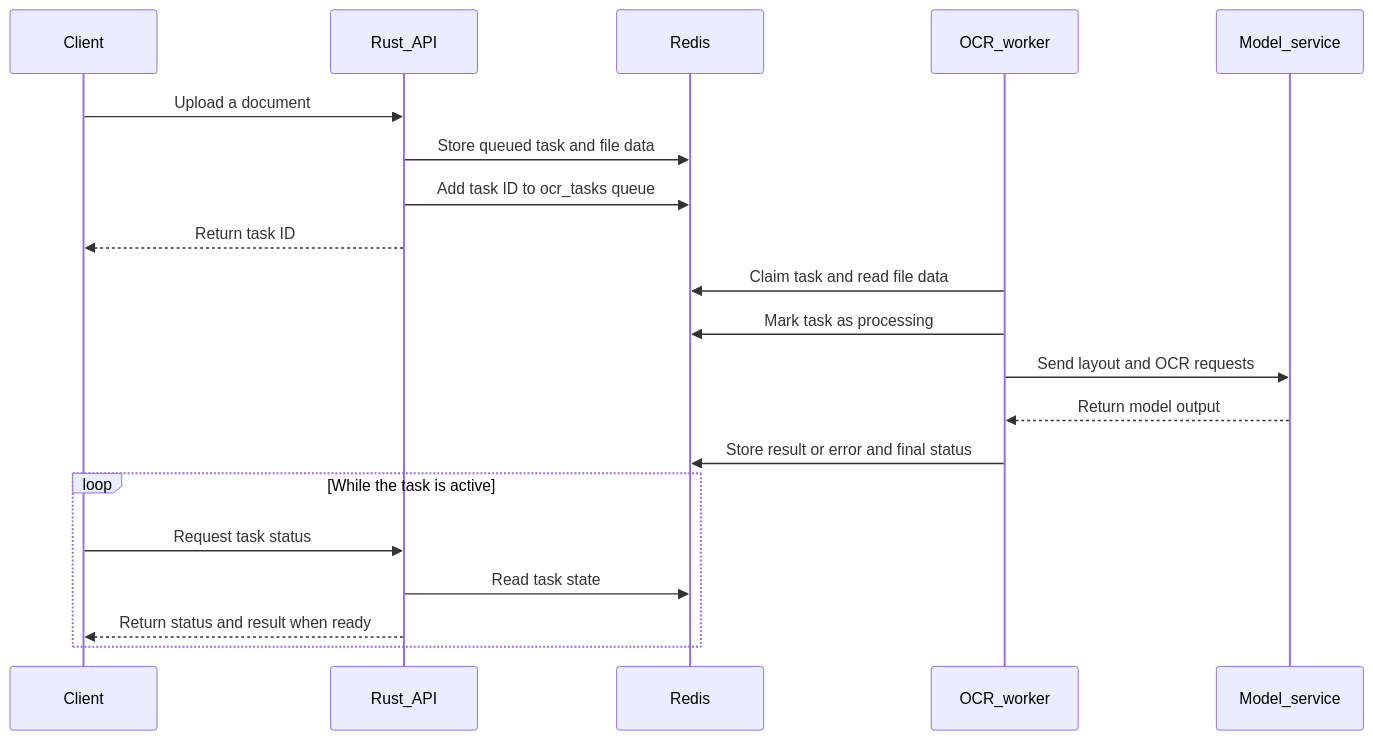
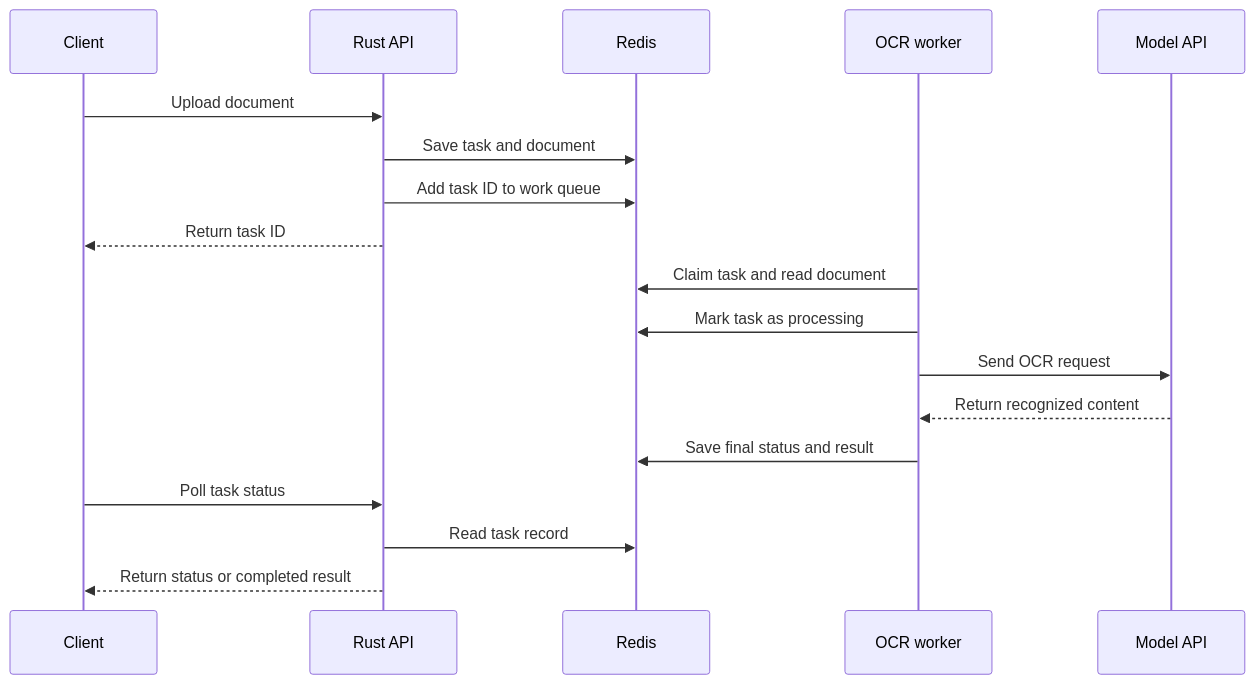
The second of 3 diagrams in README.md (abelphedia/docustream-ocr-engineering), drawn with Mermaid before and after one commit. The commit also changed other lines of this file, not shown here.

Commit message:
Fix README sequence diagram

````diff
--- a/README.md
+++ b/README.md
@@ -43,23 +75,21 @@
 ```mermaid
 sequenceDiagram
-    participant U as Client
-    participant A as Rust_API
+    participant C as Client
+    participant G as Rust API
     participant R as Redis
-    participant W as OCR_worker
-    participant M as Model_service
+    participant W as OCR worker
+    participant V as Model API
 
-    U->>A: Upload a document
-    A->>R: Store queued task and file data
-    A->>R: Add task ID to ocr_tasks queue
-    A-->>U: Return task ID
-    W->>R: Claim task and read file data
+    C->>G: Upload document
+    G->>R: Save task and document
+    G->>R: Add task ID to work queue
+    G-->>C: Return task ID
+    W->>R: Claim task and read document
     W->>R: Mark task as processing
-    W->>M: Send layout and OCR requests
-    M-->>W: Return model output
-    W->>R: Store result or error and final status
-    loop While the task is active
-        U->>A: Request task status
-        A->>R: Read task state
-        A-->>U: Return status and result when ready
-    end
+    W->>V: Send OCR request
+    V-->>W: Return recognized content
+    W->>R: Save final status and result
+    C->>G: Poll task status
+    G->>R: Read task record
+    G-->>C: Return status or completed result
 ```
````
